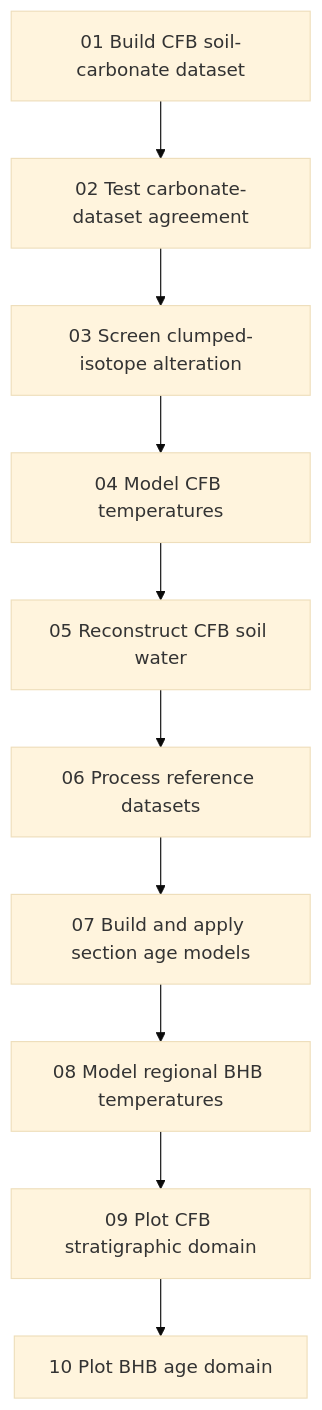
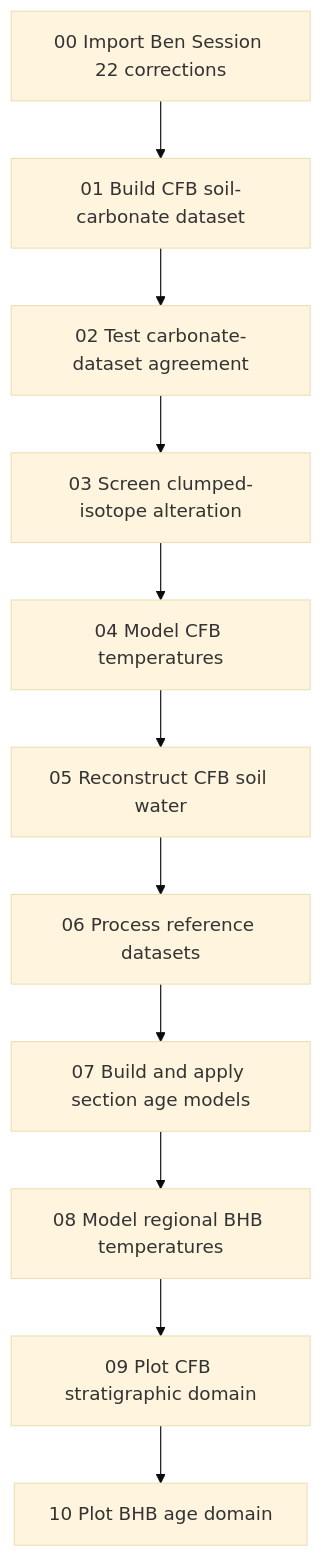
Before and after one commit to mattgeo1990/bighorn_paleogene_proxies: the diagram in docs/BHB_DATA_PIPELINE_AND_INTERPRETIVE_FRAMEWORK.md, drawn with Mermaid (base theme). The commit also changed other lines of this file and 471 other files, not shown here.

````diff
--- a/docs/BHB_DATA_PIPELINE_AND_INTERPRETIVE_FRAMEWORK.md
+++ b/docs/BHB_DATA_PIPELINE_AND_INTERPRETIVE_FRAMEWORK.md
@@ -146,12 +146,13 @@
 ``` mermaid
 flowchart TD
-  A["01 Build CFB soil-carbonate dataset"] --> B["02 Test carbonate-dataset agreement"]
+  Z["00 Import Ben Session 22 corrections"] --> A["01 Build CFB soil-carbonate dataset"]
+  A --> B["02 Test carbonate-dataset agreement"]
   B --> C["03 Screen clumped-isotope alteration"]
   C --> D["04 Model CFB temperatures"]
   D --> E["05 Reconstruct CFB soil water"]
   E --> F["06 Process reference datasets"]
   F --> G["07 Build and apply section age models"]
   G --> H["08 Model regional BHB temperatures"]
   H --> I["09 Plot CFB stratigraphic domain"]
   I --> J["10 Plot BHB age domain"]
 ```
````
